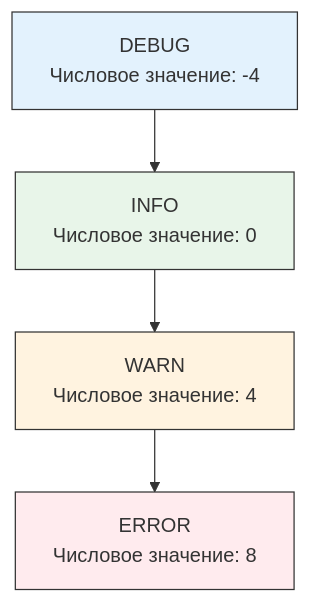
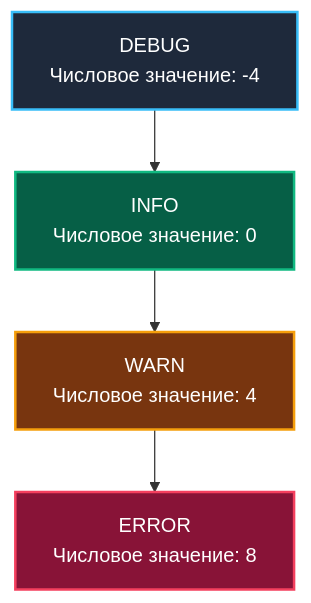
The diagram in sources/18. Observability (Мониторинг и наблюдаемость)/03. Логирование/2. Уровни логирования.md (UnrealTemplier/go-textbook), drawn with Mermaid before and after one commit. The commit also changed other lines of this file, not shown here.

````diff
--- a/sources/18. Observability (Мониторинг и наблюдаемость)/03. Логирование/2. Уровни логирования.md
+++ b/sources/18. Observability (Мониторинг и наблюдаемость)/03. Логирование/2. Уровни логирования.md
@@ -11,11 +26,11 @@
 ```mermaid
 flowchart TD
     A["DEBUG<br>Числовое значение: -4"] --> B["INFO<br>Числовое значение: 0"]
     B --> C["WARN<br>Числовое значение: 4"]
     C --> D["ERROR<br>Числовое значение: 8"]
     
-    style A fill:#e3f2fd,stroke:#333
-    style B fill:#e8f5e9,stroke:#333
-    style C fill:#fff3e0,stroke:#333
-    style D fill:#ffebee,stroke:#333
+    style A fill:#1e293b,stroke:#38bdf8,stroke-width:2px,color:#fff
+    style B fill:#065f46,stroke:#10b981,stroke-width:2px,color:#fff
+    style C fill:#78350f,stroke:#f59e0b,stroke-width:2px,color:#fff
+    style D fill:#881337,stroke:#f43f5e,stroke-width:2px,color:#fff
 ```
````
